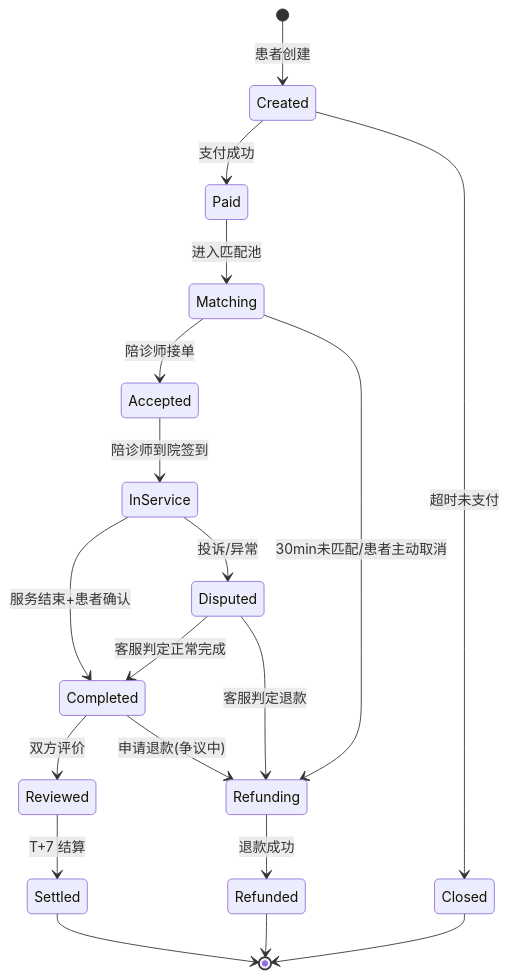
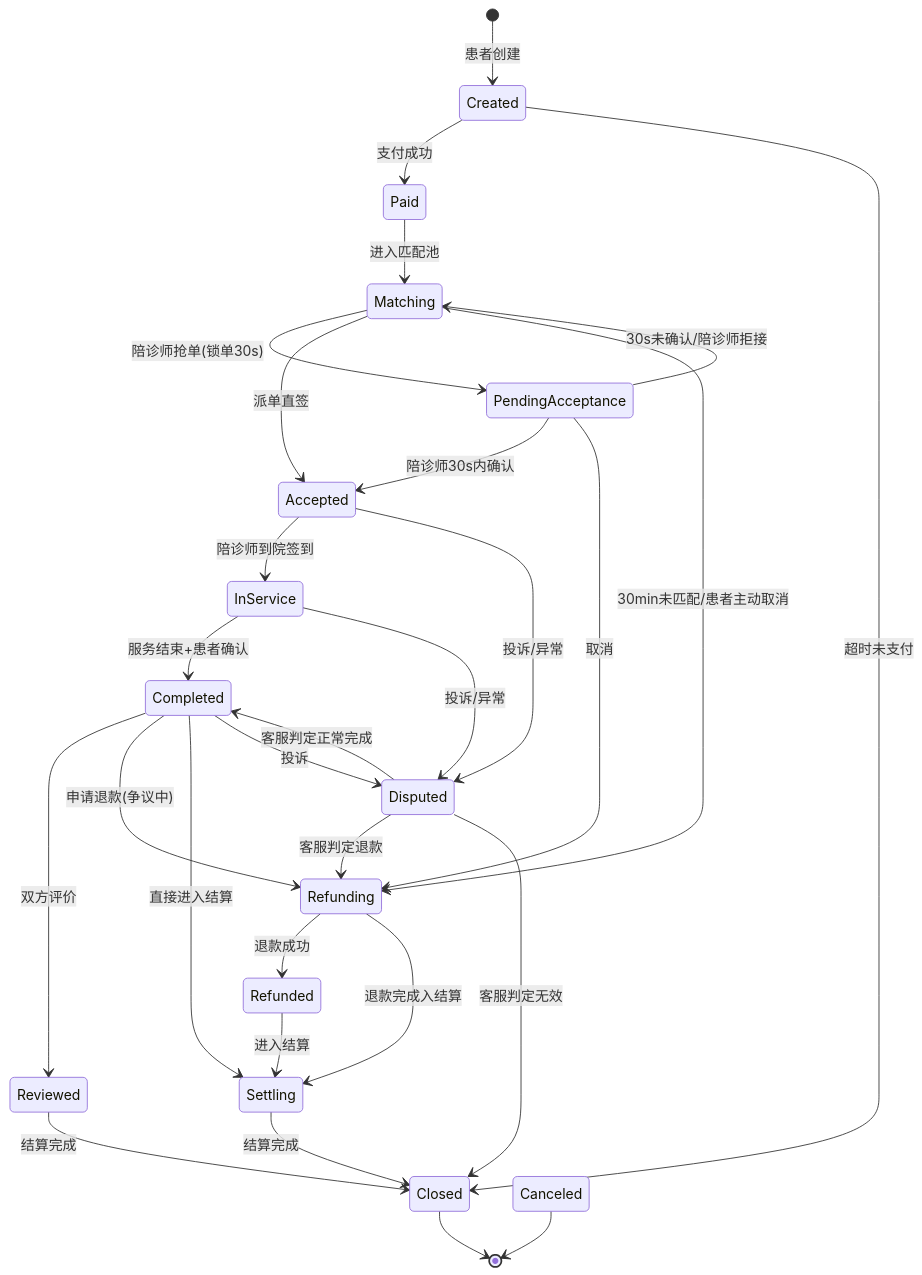
Before and after one commit to growdu/doctors: the fourth of 10 diagrams in docs/04-业务流程.md, drawn with Mermaid. The commit also changed other lines of this file and 2 other files, not shown here.

Commit message:
docs: 状态机统一 - 04 流程图 + 07 表结构 + roadmap 落地引用

````diff
--- a/docs/04-业务流程.md
+++ b/docs/04-业务流程.md
@@ -120,21 +123,31 @@
 ```mermaid
 stateDiagram-v2
   [*] --> Created: 患者创建
   Created --> Paid: 支付成功
   Created --> Closed: 超时未支付
   Paid --> Matching: 进入匹配池
-  Matching --> Accepted: 陪诊师接单
+  Matching --> PendingAcceptance: 陪诊师抢单(锁单30s)
+  Matching --> Accepted: 派单直签
   Matching --> Refunding: 30min未匹配/患者主动取消
+  PendingAcceptance --> Accepted: 陪诊师30s内确认
+  PendingAcceptance --> Matching: 30s未确认/陪诊师拒接
+  PendingAcceptance --> Refunding: 取消
   Accepted --> InService: 陪诊师到院签到
   InService --> Completed: 服务结束+患者确认
   InService --> Disputed: 投诉/异常
+  Accepted --> Disputed: 投诉/异常
   Completed --> Reviewed: 双方评价
   Completed --> Refunding: 申请退款(争议中)
-  Reviewed --> Settled: T+7 结算
+  Completed --> Settling: 直接进入结算
+  Completed --> Disputed: 投诉
+  Reviewed --> Closed: 结算完成
   Disputed --> Completed: 客服判定正常完成
   Disputed --> Refunding: 客服判定退款
+  Disputed --> Closed: 客服判定无效
   Refunding --> Refunded: 退款成功
-  Settled --> [*]
-  Refunded --> [*]
+  Refunding --> Settling: 退款完成入结算
+  Refunded --> Settling: 进入结算
+  Settling --> Closed: 结算完成
   Closed --> [*]
+  Canceled --> [*]
 ```
````
